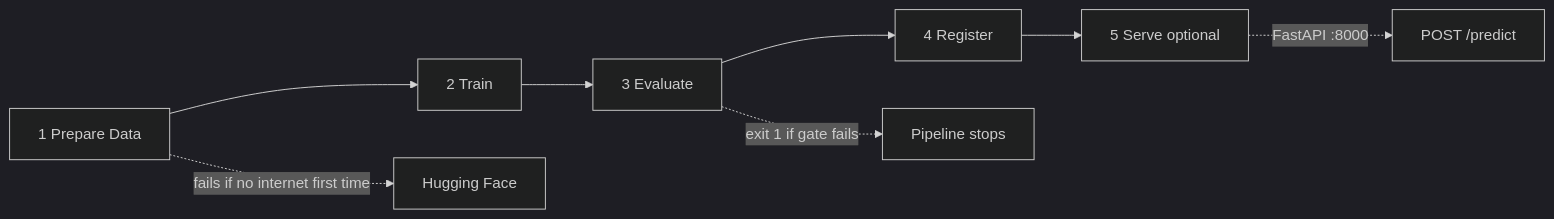
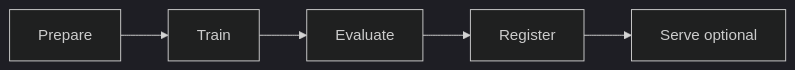
Before and after one commit to itsharsh01/simple_nlp_pipeline: the second of 3 diagrams in flow.md, drawn with Mermaid (dark theme). The commit also changed other lines of this file and 10 other files, not shown here.

````diff
--- a/flow.md
+++ b/flow.md
@@ -229,11 +109,7 @@
 ```mermaid
 flowchart LR
-    S1[1 Prepare Data] --> S2[2 Train]
-    S2 --> S3[3 Evaluate]
-    S3 --> S4[4 Register]
-    S4 --> S5[5 Serve optional]
-
-    S1 -.->|fails if no internet first time| HF[Hugging Face]
-    S3 -.->|exit 1 if gate fails| STOP[Pipeline stops]
-    S5 -.->|FastAPI :8000| API[POST /predict]
+    S1[Prepare] --> S2[Train]
+    S2 --> S3[Evaluate]
+    S3 --> S4[Register]
+    S4 --> S5[Serve optional]
 ```
````
